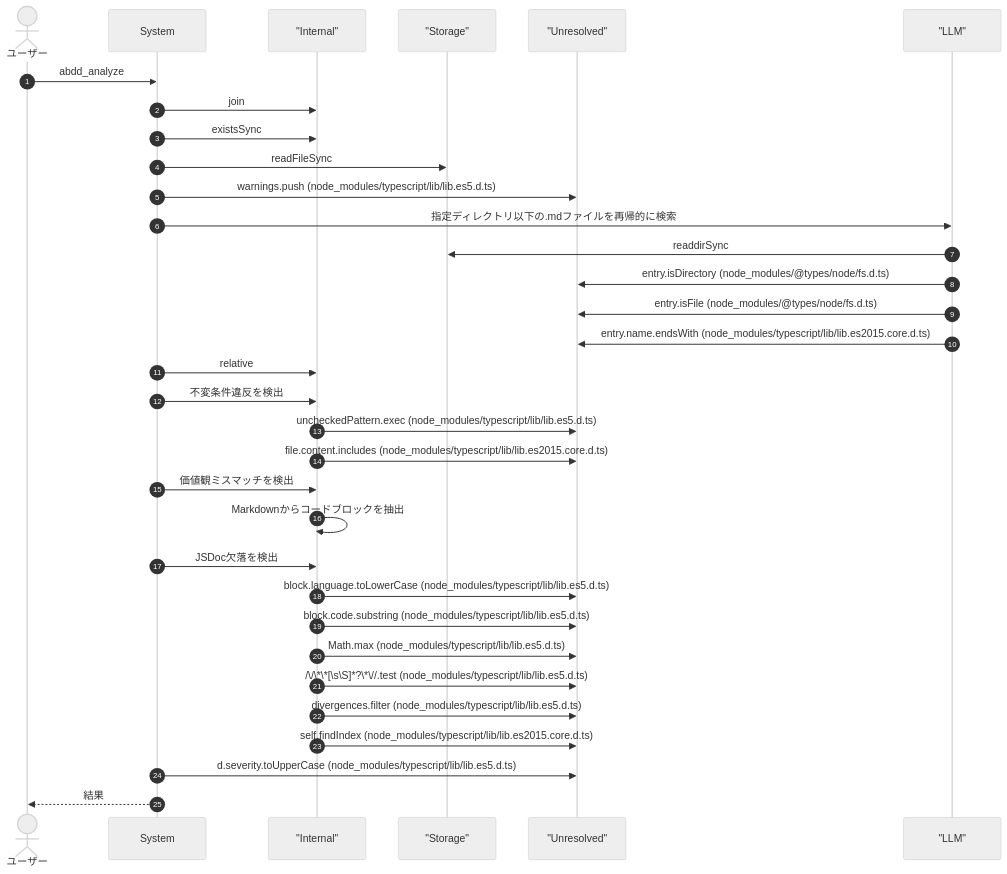
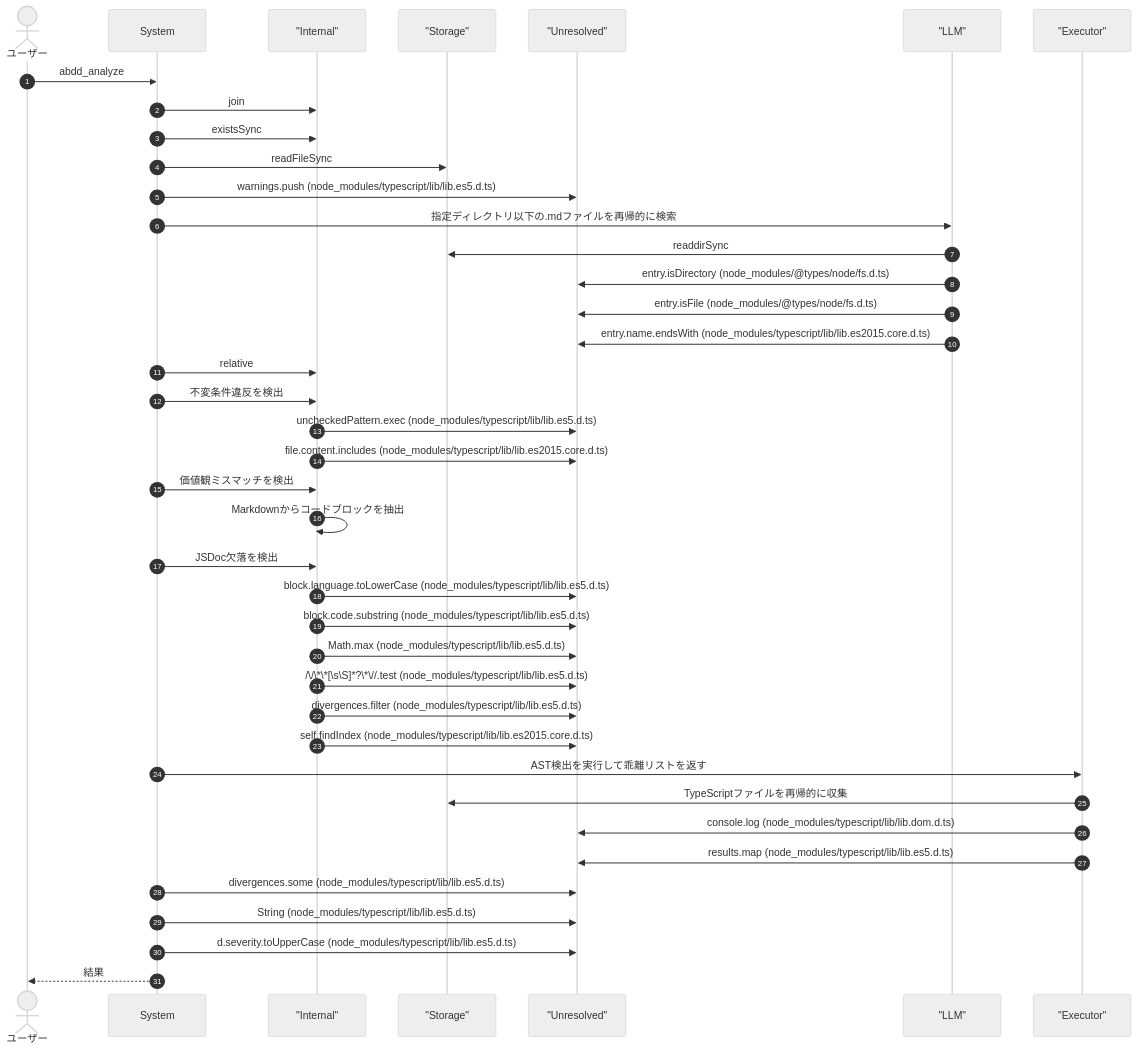
The fourth of 7 diagrams in ABDD/.pi/extensions/abdd.md (Mekann2904/mekann), drawn with Mermaid (neutral theme) before and after one commit. The commit also changed other lines of this file and 257 other files, not shown here.

````diff
--- a/ABDD/.pi/extensions/abdd.md
+++ b/ABDD/.pi/extensions/abdd.md
@@ -133,37 +134,44 @@
 ```mermaid
 sequenceDiagram
   autonumber
   actor User as ユーザー
   participant System as System
   participant Internal as "Internal"
   participant Storage as "Storage"
   participant Unresolved as "Unresolved"
   participant LLM as "LLM"
+  participant Executor as "Executor"
 
   User->>System: abdd_analyze
   System->>Internal: join
   System->>Internal: existsSync
   System->>Storage: readFileSync
   System->>Unresolved: warnings.push (node_modules/typescript/lib/lib.es5.d.ts)
   System->>LLM: 指定ディレクトリ以下の.mdファイルを再帰的に検索
   LLM->>Storage: readdirSync
   LLM->>Unresolved: entry.isDirectory (node_modules/@types/node/fs.d.ts)
   LLM->>Unresolved: entry.isFile (node_modules/@types/node/fs.d.ts)
   LLM->>Unresolved: entry.name.endsWith (node_modules/typescript/lib/lib.es2015.core.d.ts)
   System->>Internal: relative
   System->>Internal: 不変条件違反を検出
   Internal->>Unresolved: uncheckedPattern.exec (node_modules/typescript/lib/lib.es5.d.ts)
   Internal->>Unresolved: file.content.includes (node_modules/typescript/lib/lib.es2015.core.d.ts)
   System->>Internal: 価値観ミスマッチを検出
   Internal->>Internal: Markdownからコードブロックを抽出
   System->>Internal: JSDoc欠落を検出
   Internal->>Unresolved: block.language.toLowerCase (node_modules/typescript/lib/lib.es5.d.ts)
   Internal->>Unresolved: block.code.substring (node_modules/typescript/lib/lib.es5.d.ts)
   Internal->>Unresolved: Math.max (node_modules/typescript/lib/lib.es5.d.ts)
   Internal->>Unresolved: /\/\*\*[\s\S]*?\*\//.test (node_modules/typescript/lib/lib.es5.d.ts)
   Internal->>Unresolved: divergences.filter (node_modules/typescript/lib/lib.es5.d.ts)
   Internal->>Unresolved: self.findIndex (node_modules/typescript/lib/lib.es2015.core.d.ts)
+  System->>Executor: AST検出を実行して乖離リストを返す
+  Executor->>Storage: TypeScriptファイルを再帰的に収集
+  Executor->>Unresolved: console.log (node_modules/typescript/lib/lib.dom.d.ts)
+  Executor->>Unresolved: results.map (node_modules/typescript/lib/lib.es5.d.ts)
+  System->>Unresolved: divergences.some (node_modules/typescript/lib/lib.es5.d.ts)
+  System->>Unresolved: String (node_modules/typescript/lib/lib.es5.d.ts)
   System->>Unresolved: d.severity.toUpperCase (node_modules/typescript/lib/lib.es5.d.ts)
   System-->>User: 結果
 
 ```
````
